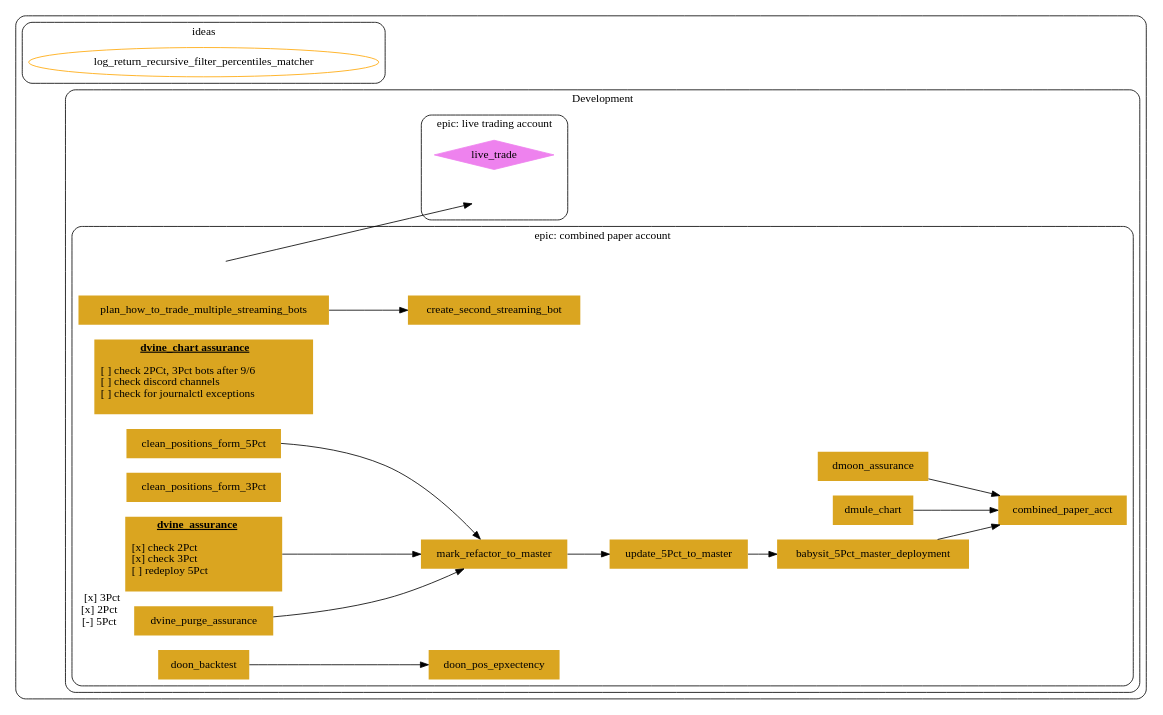
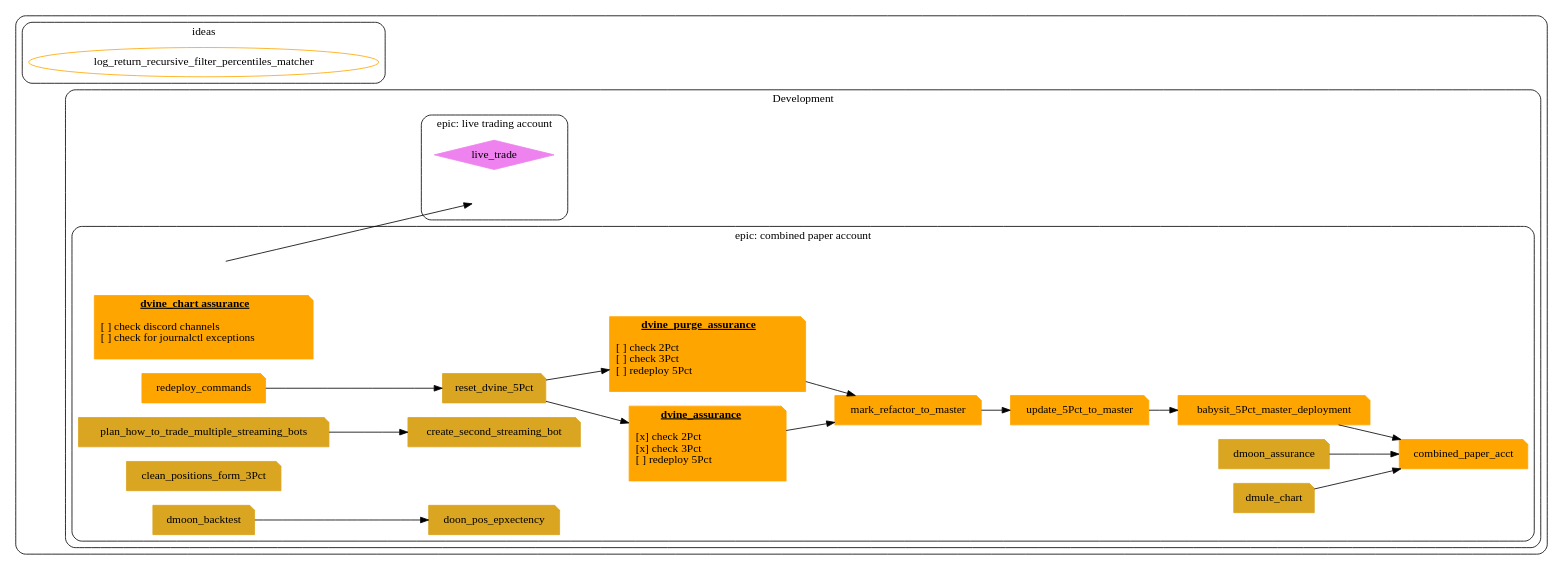
Before and after one commit to webclinic017/dvault: the diagram in tasks.dot, drawn with Graphviz.

Commit message:
update task list

```diff
--- a/tasks.dot
+++ b/tasks.dot
@@ -1,129 +1,149 @@
 /*
  * d* tasks
  */
 digraph G {
 
 graph [fontname = "Handlee"];
 node [fontname = "Handlee" shape=note style=filled color=goldenrod];
 edge [fontname = "Handlee"];
 rankdir=LR;
 style="rounded"
 compound=true
 
 
 subgraph cluster_main{
   // label="Quathar"
 
 subgraph cluster_ideas{
   label="ideas"
   node [style=none shape=oval color=orange]
   log_return_recursive_filter_percentiles_matcher
 }
 
 subgraph cluster_dev {
   label="Development"
 
   node[shape=none]
 
   subgraph cluster_epic{
+    
     label="epic: combined paper account"
+    epic[label="" style="invisible"]
 
-
+    // UNDERWAY
+    node[fontname = "Handlee" shape=note style=filled color=orange]
 
     mark_refactor_to_master->update_5Pct_to_master
 
     update_5Pct_to_master->babysit_5Pct_master_deployment
     babysit_5Pct_master_deployment->combined_paper_acct
-
-    plan_how_to_trade_multiple_streaming_bots->create_second_streaming_bot
-
+    
     dvine_assurance[
         label=<
         <B><U>dvine_assurance</U></B>
         <BR/>
         <BR ALIGN="LEFT"/> [x] check 2Pct
         <BR ALIGN="LEFT"/> [x] check 3Pct
         <BR ALIGN="LEFT"/> [ ] redeploy 5Pct
         <BR ALIGN="LEFT"/>
         >]
 
-    dvine_assurance[xlabel="[x] 3Pct \n[x] 2Pct  \n[-] 5Pct  "]
     dvine_assurance->mark_refactor_to_master
 
     dvine_chart_assurance[
         label=<
         <B><U>dvine_chart assurance</U></B>
         <BR/>
-        <BR ALIGN="LEFT"/> [ ] check 2PCt, 3Pct bots after 9/6
         <BR ALIGN="LEFT"/> [ ] check discord channels
         <BR ALIGN="LEFT"/> [ ] check for journalctl exceptions
         <BR ALIGN="LEFT"/>
         >]
 
 
+    
+    
+
+    dvine_purge_assurance[
+        label=<
+        <B><U>dvine_purge_assurance</U></B>
+        <BR/>
+        <BR ALIGN="LEFT"/> [ ] check 2Pct
+        <BR ALIGN="LEFT"/> [ ] check 3Pct
+        <BR ALIGN="LEFT"/> [ ] redeploy 5Pct
+        <BR ALIGN="LEFT"/>
+        >]
+
+    redeploy_commands
+
+    // TODO
+    node [fontname = "Handlee" shape=note style=filled color=goldenrod]
+
+    plan_how_to_trade_multiple_streaming_bots->create_second_streaming_bot
     dvine_purge_assurance->mark_refactor_to_master
     dmoon_assurance->combined_paper_acct
 
     dmule_chart->combined_paper_acct
 
     clean_positions_form_3Pct
 
-    clean_positions_form_5Pct->mark_refactor_to_master
+    reset_dvine_5Pct->dvine_assurance
+    reset_dvine_5Pct->dvine_purge_assurance
+    redeploy_commands->reset_dvine_5Pct
+
+    
+    dmoon_backtest->doon_pos_epxectency
 
 
-    doon_backtest->doon_pos_epxectency
-
-
-    epic[label="" style="invisible"]
+    
 
 
   }
 
 
   subgraph cluster_next_epic{
     label="epic: live trading account"
 
     live_trade[shape=diamond color=violet]
 
     node[shape=none]
     next_epic[label="" style="invisible"]
   }
 }
 
 epic->next_epic
 
 
 
 //placeholder_2
 
 } //cluster_
 
 /*
 subgraph cluster_flegend{
 subgraph cluster_legend{
   label="legend"
   bgcolor=transparent;
   fontsize=24
 idea [style=none shape=oval color=orange]
 todo [fontname = "Handlee" shape=note style=filled color=goldenrod];
 done [fontname = "Handlee" shape=note style=filled color=green];
 underway [fontname = "Handlee" shape=note style=filled color=orange];
 bug [fontname = "Handlee" shape=note style=filled color=red];
 goal [shape=diamond color=violet]
 
 todo->done[style=invis,] // for layout
 idea->underway[style=invis,] // for layout
 
 
 }
 }
 */
 
 
 
 
 
 
 
 
 }
```
